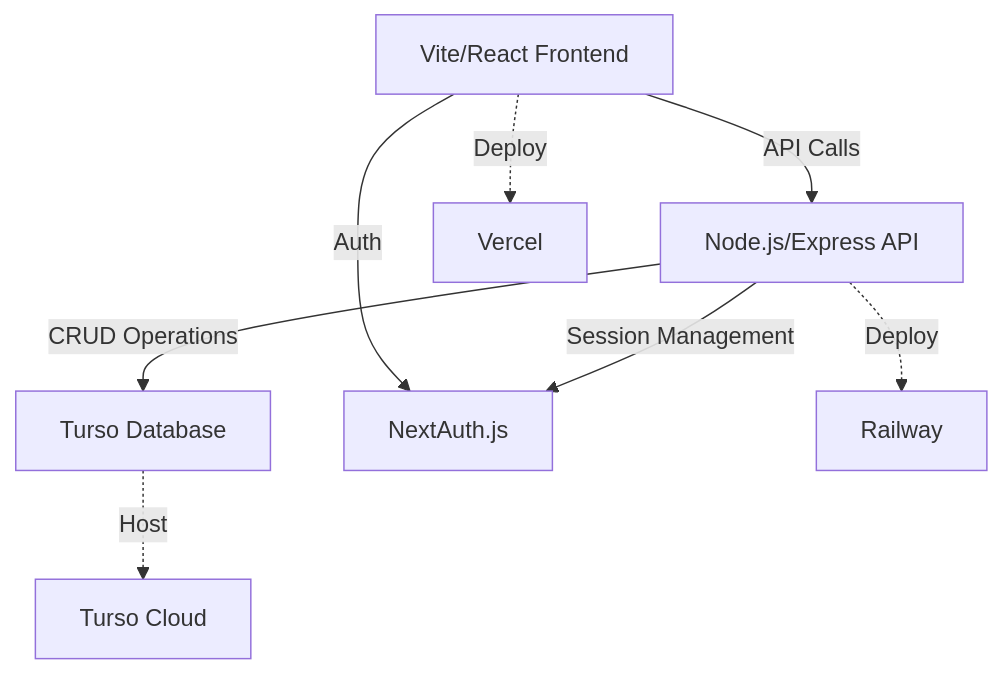
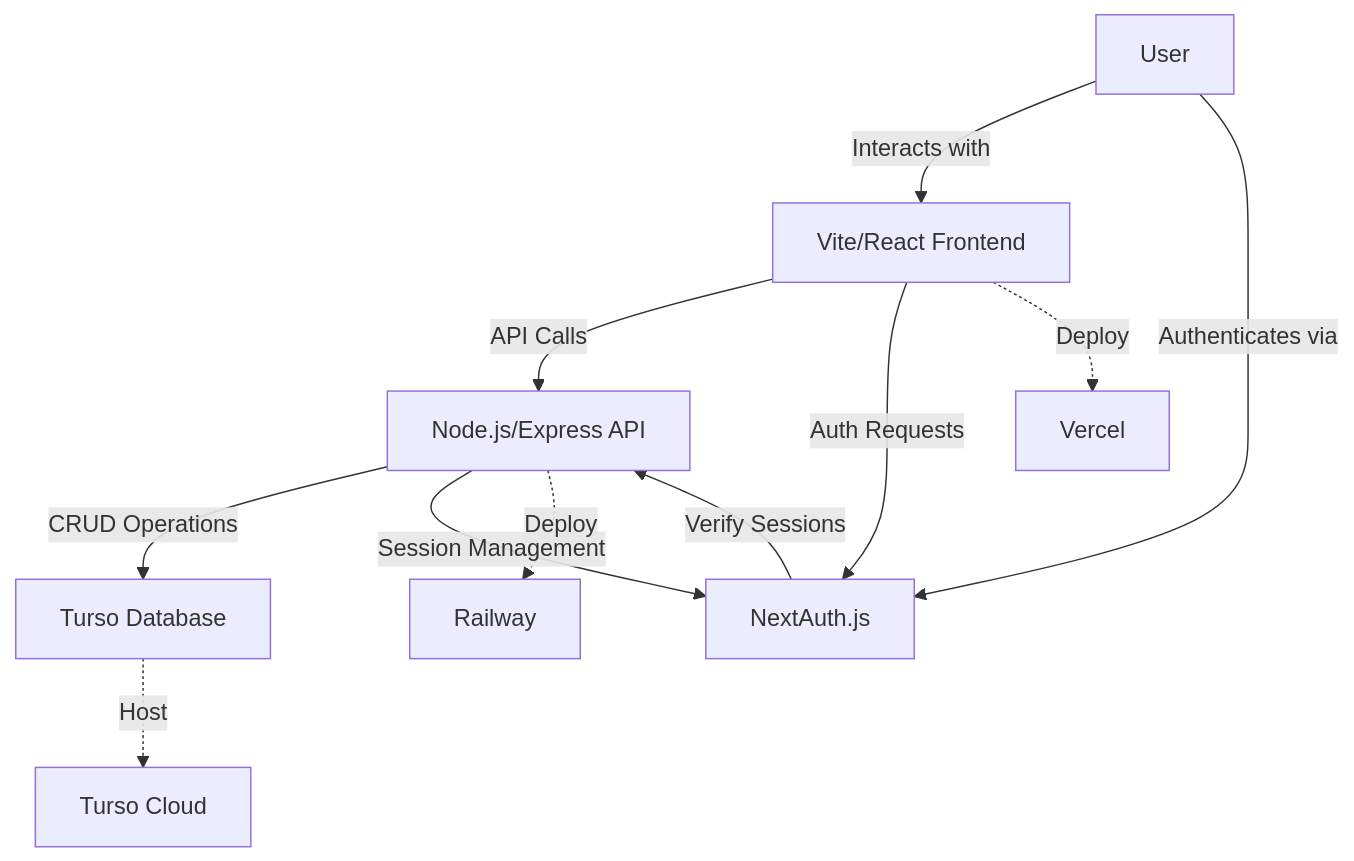
The diagram in techStack.md (mattchx/opus), drawn with Mermaid before and after one commit. The commit also changed other lines of this file, not shown here.

Commit message:
update tech stack documentation to include user flow, API endpoints, database schema, and environment setup

````diff
--- a/techStack.md
+++ b/techStack.md
@@ -16,10 +16,15 @@
 ```mermaid
 graph TD
     A[Vite/React Frontend] -->|API Calls| B[Node.js/Express API]
     B -->|CRUD Operations| C[Turso Database]
-    A -->|Auth| D[NextAuth.js]
+    A -->|Auth Requests| D[NextAuth.js]
+    D -->|Verify Sessions| B
     B -->|Session Management| D
     A -.->|Deploy| E[Vercel]
     B -.->|Deploy| F[Railway]
     C -.->|Host| G[Turso Cloud]
+    
+    %% Add user flow
+    U[User] -->|Interacts with| A
+    U -->|Authenticates via| D
 ```
````
